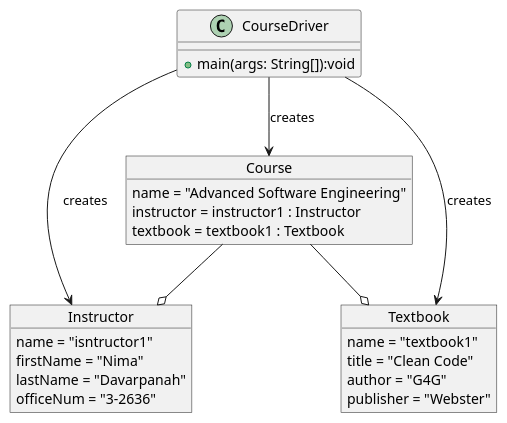
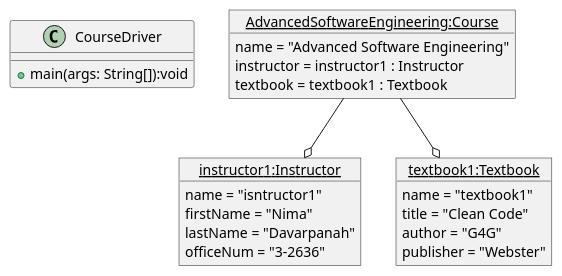
One commit to RoaringCamels/CS5800-Adv-Software-Engineering changed the diagram in assignment-1_1/bin/main/java/uml/p3object.puml. Above: the diagram before and after it, drawn with PlantUML. The commit also changed 3 other files, not shown here.

Commit message:
updated names for object diagram

```diff
--- a/assignment-1_1/bin/main/java/uml/p3object.puml
+++ b/assignment-1_1/bin/main/java/uml/p3object.puml
@@ -1,34 +1,30 @@
 @startuml aggregationObjectDiagram
 
 class CourseDriver{
     + main(args: String[]):void
 }
 
-object Instructor{
+object "<u>instructor1:Instructor</u>" as Instructor{
     name = "isntructor1"
     firstName = "Nima"
     lastName = "Davarpanah"
     officeNum = "3-2636"
 }
 
-object Textbook {
+object "<u>textbook1:Textbook</u>" as Textbook {
     name = "textbook1"
     title = "Clean Code"
     author = "G4G"
     publisher = "Webster"
 }
 
-object Course {
+object "<u>AdvancedSoftwareEngineering:Course</u>" as Course{
     name = "Advanced Software Engineering"
     instructor = instructor1 : Instructor
     textbook = textbook1 : Textbook
 }
 
-CourseDriver --> Instructor: creates
-CourseDriver --> Textbook: creates
-CourseDriver --> Course : creates
-
 Course --o Textbook
 Course --o Instructor
 
 @enduml
```
